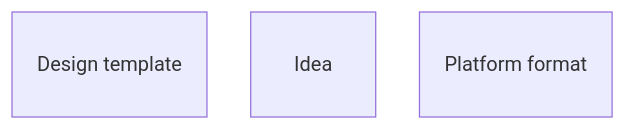
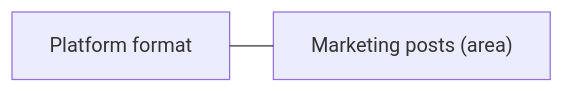
The third of 3 diagrams in docs/database/tables/viewpoint-marketing-categories.md (DoctorCRE/doctorcre-engine), drawn with Mermaid before and after one commit. The commit also changed other lines of this file and 153 other files, not shown here.

````diff
--- a/docs/database/tables/viewpoint-marketing-categories.md
+++ b/docs/database/tables/viewpoint-marketing-categories.md
@@ -3,13 +41,12 @@
 ```mermaid
 ---
 config:
   layout: elk
-  er:
-    nodeSpacing: 22
-    rankSpacing: 44
+  flowchart:
+    htmlLabels: false
 ---
-erDiagram
-  "Design template"
-  "Idea"
-  "Platform format"
+flowchart LR
+  center["Platform format"]
+  n0["Marketing posts (area)"]
+  center --- n0
 ```
````
